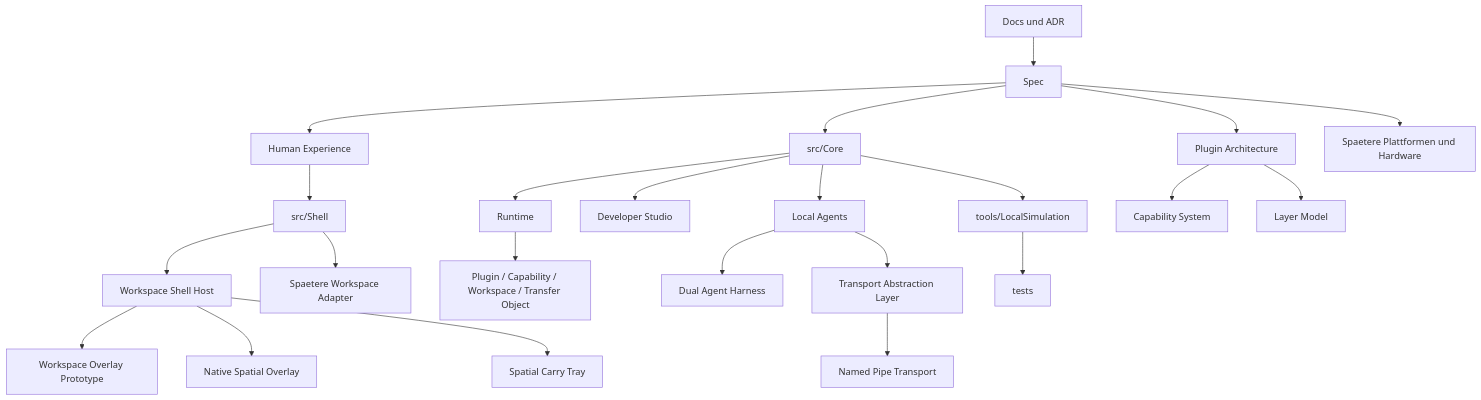
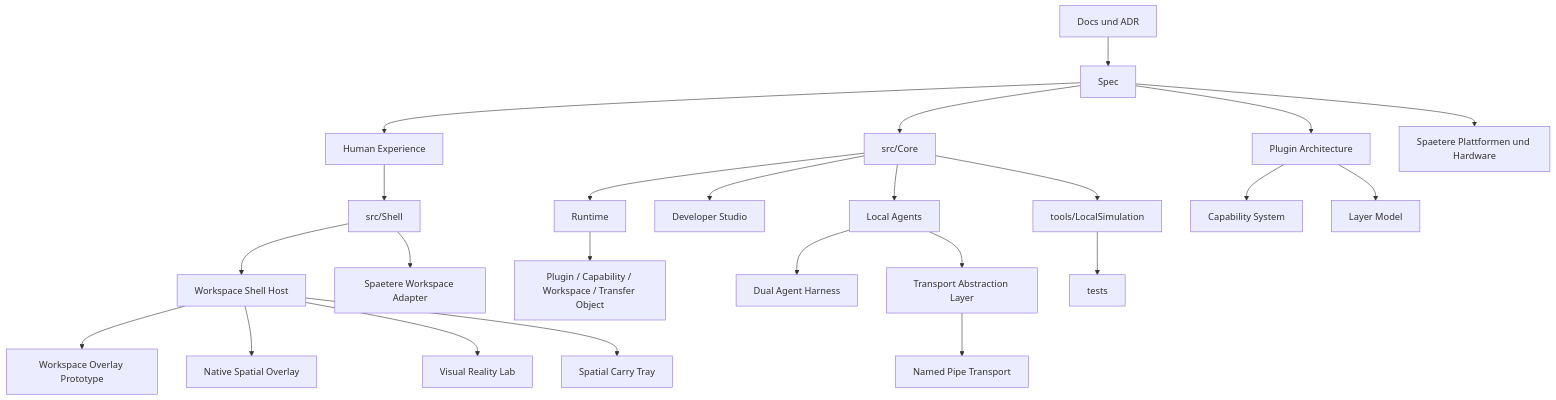
Before and after one commit to rk-engineeringAToutlook-de/RKWorkspace: the diagram in README.md, drawn with Mermaid. The commit also changed other lines of this file and 28 other files, not shown here.

Commit message:
feat(shell): add visual reality lens prototype

````diff
--- a/README.md
+++ b/README.md
@@ -101,25 +102,26 @@
 ```mermaid
 flowchart TB
     Docs["Docs und ADR"] --> Spec["Spec"]
     Spec --> HX["Human Experience"]
     HX --> Shell["src/Shell"]
     Shell --> ShellHost["Workspace Shell Host"]
     ShellHost --> Overlay["Workspace Overlay Prototype"]
     ShellHost --> NativeOverlay["Native Spatial Overlay"]
+    ShellHost --> VisualReality["Visual Reality Lab"]
     ShellHost --> SpatialTray["Spatial Carry Tray"]
     Spec --> Core["src/Core"]
     Shell --> Adapters["Spaetere Workspace Adapter"]
     Core --> Runtime["Runtime"]
     Runtime --> Managers["Plugin / Capability / Workspace / Transfer Object"]
     Spec --> Plugins["Plugin Architecture"]
     Plugins --> Capabilities["Capability System"]
     Plugins --> Layers["Layer Model"]
     Core --> Studio["Developer Studio"]
     Core --> Agents["Local Agents"]
     Agents --> Harness["Dual Agent Harness"]
     Agents --> Transport["Transport Abstraction Layer"]
     Transport --> Ipc["Named Pipe Transport"]
     Core --> Simulation["tools/LocalSimulation"]
     Simulation --> Tests["tests"]
     Spec --> Future["Spaetere Plattformen und Hardware"]
 ```
````
